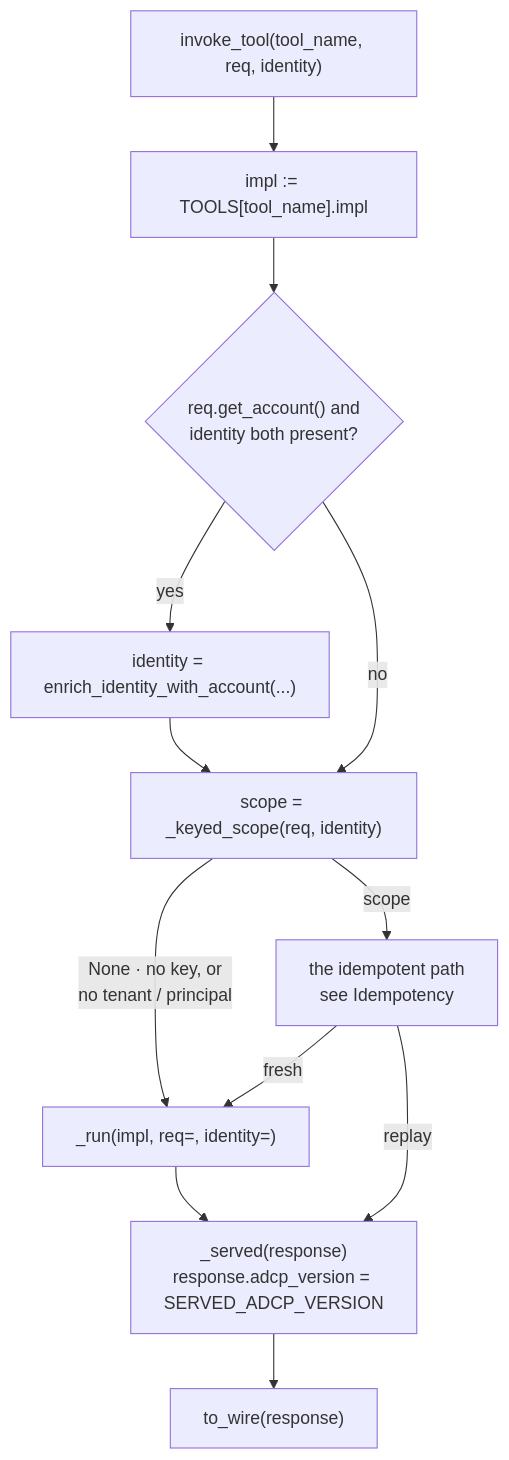
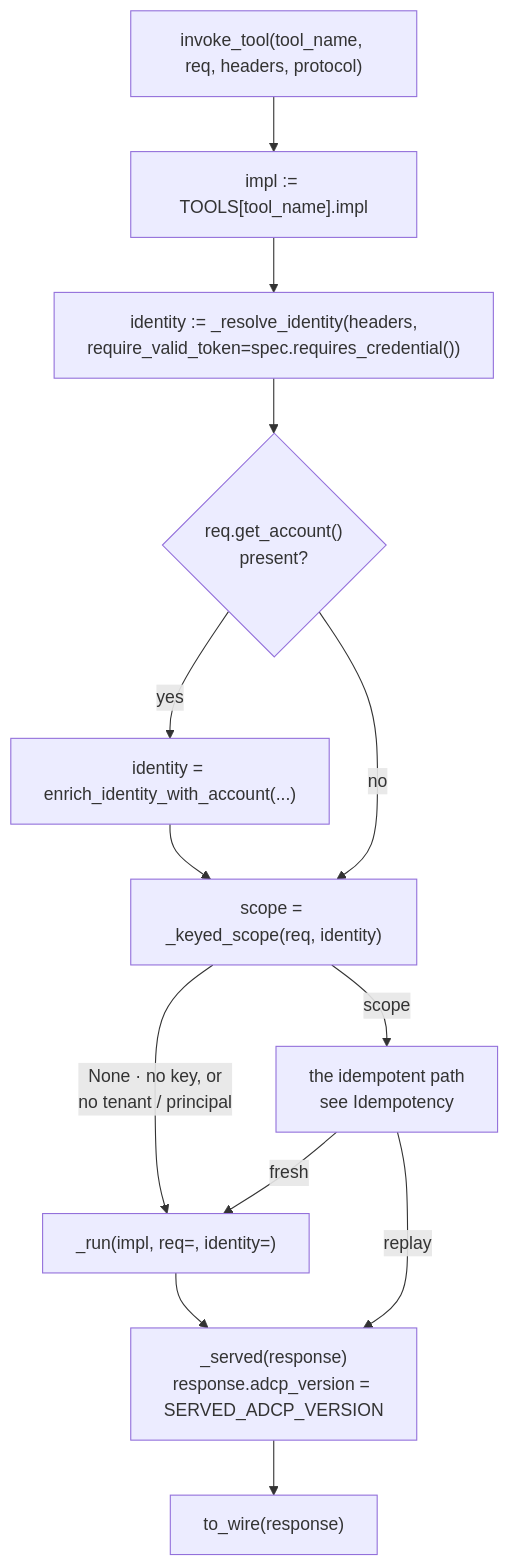
One commit to KonstantinMirin/prebid-salesagent changed the second of 3 diagrams in docs/development/building-tools.md. Above: the diagram before and after it, drawn with Mermaid. The commit also changed 46 other files, not shown here.

````diff
--- a/docs/development/building-tools.md
+++ b/docs/development/building-tools.md
@@ -104,14 +104,15 @@
 ```mermaid
 flowchart TD
-    IN["invoke_tool(tool_name, req, identity)"] --> IMPL["impl := TOOLS[tool_name].impl"]
-    IMPL --> ACCQ{"req.get_account() and<br/>identity both present?"}
+    IN["invoke_tool(tool_name, req, headers, protocol)"] --> IMPL["impl := TOOLS[tool_name].impl"]
+    IMPL --> RES["identity := _resolve_identity(headers,<br/>require_valid_token=spec.requires_credential())"]
+    RES --> ACCQ{"req.get_account()<br/>present?"}
     ACCQ -- yes --> ENR["identity = enrich_identity_with_account(...)"]
     ACCQ -- no --> SC
     ENR --> SC["scope = _keyed_scope(req, identity)"]
     SC -- "None · no key, or<br/>no tenant / principal" --> RUN["_run(impl, req=, identity=)"]
     SC -- "scope" --> IDEM["the idempotent path<br/>see Idempotency"]
     IDEM -- "fresh" --> RUN
     IDEM -- "replay" --> SERVED
     RUN --> SERVED["_served(response)<br/>response.adcp_version = SERVED_ADCP_VERSION"]
     SERVED --> WIRE["to_wire(response)"]
 ```
````
